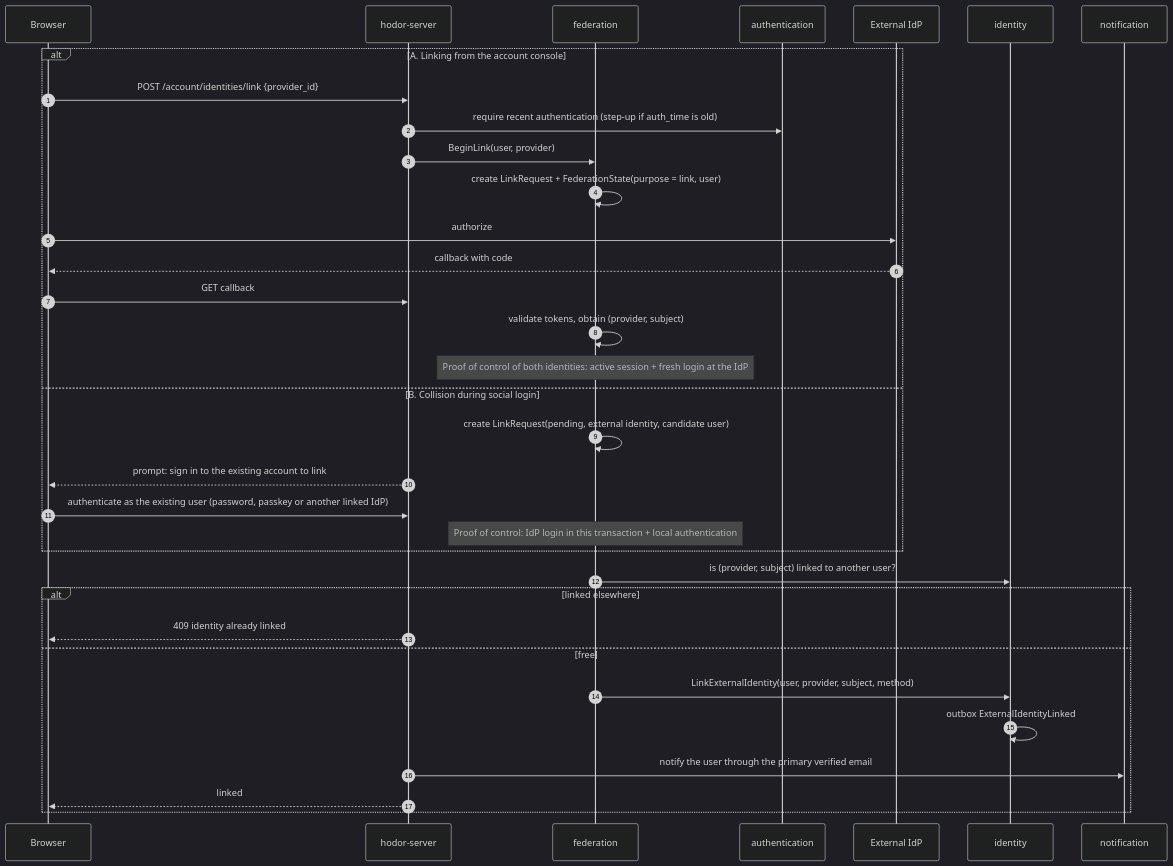
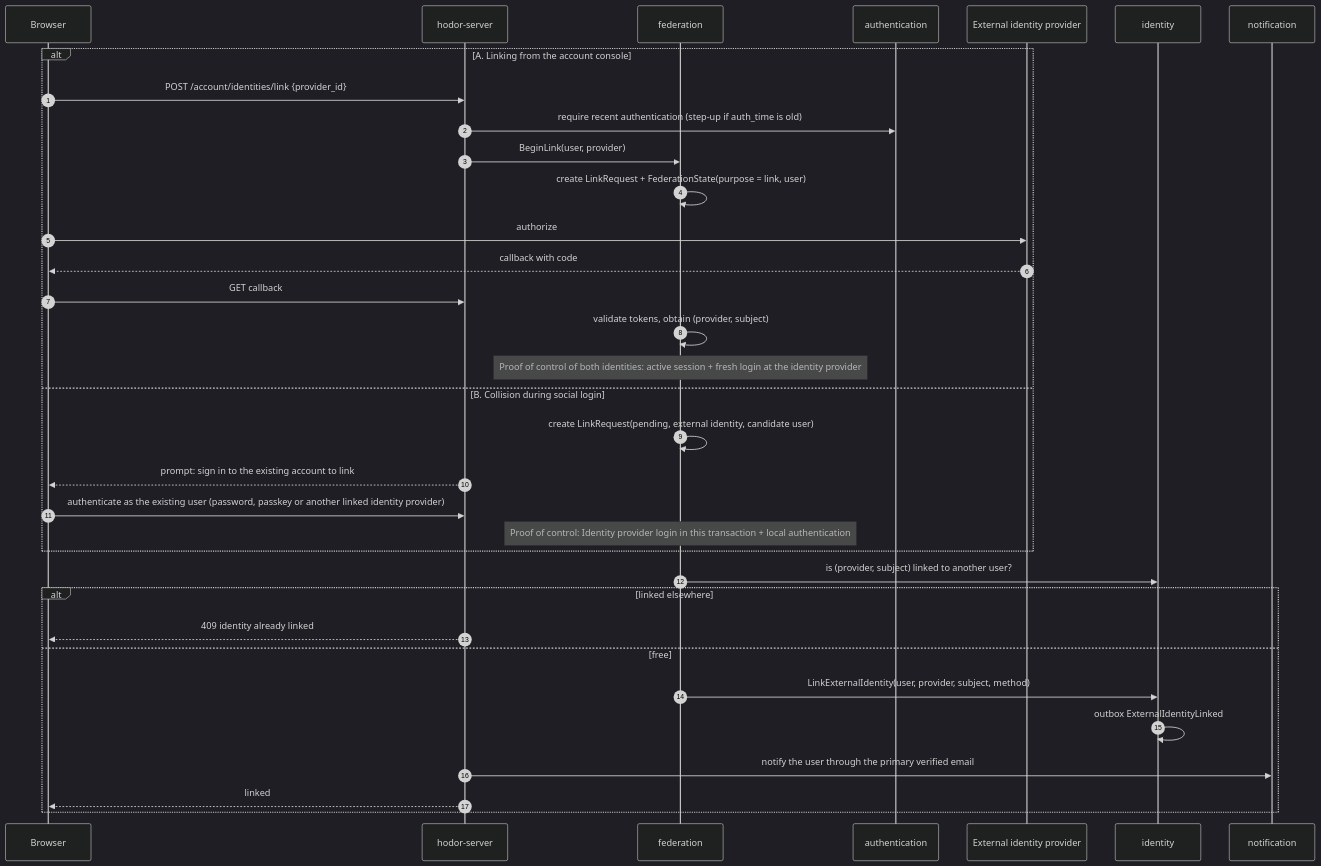
Before and after one commit to ortisun/hodor: the fifth of 7 diagrams in docs/protocols/sequences.md, drawn with Mermaid (dark theme). The commit also changed other lines of this file and 48 other files, not shown here.

````diff
--- a/docs/protocols/sequences.md
+++ b/docs/protocols/sequences.md
@@ -184,37 +184,37 @@
 ```mermaid
 sequenceDiagram
     autonumber
-    participant UA as Browser
-    participant H as hodor-server
-    participant FED as federation
-    participant AUT as authentication
-    participant IDP as External IdP
-    participant IDN as identity
-    participant NOT as notification
+    participant Browser as Browser
+    participant Server as hodor-server
+    participant Federation as federation
+    participant Authentication as authentication
+    participant ExternalProvider as External identity provider
+    participant Identity as identity
+    participant Notification as notification
 
     alt A. Linking from the account console
-        UA->>H: POST /account/identities/link {provider_id}
-        H->>AUT: require recent authentication (step-up if auth_time is old)
-        H->>FED: BeginLink(user, provider)
-        FED->>FED: create LinkRequest + FederationState(purpose = link, user)
-        UA->>IDP: authorize
-        IDP-->>UA: callback with code
-        UA->>H: GET callback
-        FED->>FED: validate tokens, obtain (provider, subject)
-        Note over FED: Proof of control of both identities: active session + fresh login at the IdP
+        Browser->>Server: POST /account/identities/link {provider_id}
+        Server->>Authentication: require recent authentication (step-up if auth_time is old)
+        Server->>Federation: BeginLink(user, provider)
+        Federation->>Federation: create LinkRequest + FederationState(purpose = link, user)
+        Browser->>ExternalProvider: authorize
+        ExternalProvider-->>Browser: callback with code
+        Browser->>Server: GET callback
+        Federation->>Federation: validate tokens, obtain (provider, subject)
+        Note over Federation: Proof of control of both identities: active session + fresh login at the identity provider
     else B. Collision during social login
-        FED->>FED: create LinkRequest(pending, external identity, candidate user)
-        H-->>UA: prompt: sign in to the existing account to link
-        UA->>H: authenticate as the existing user (password, passkey or another linked IdP)
-        Note over FED: Proof of control: IdP login in this transaction + local authentication
+        Federation->>Federation: create LinkRequest(pending, external identity, candidate user)
+        Server-->>Browser: prompt: sign in to the existing account to link
+        Browser->>Server: authenticate as the existing user (password, passkey or another linked identity provider)
+        Note over Federation: Proof of control: Identity provider login in this transaction + local authentication
     end
-    FED->>IDN: is (provider, subject) linked to another user?
+    Federation->>Identity: is (provider, subject) linked to another user?
     alt linked elsewhere
-        H-->>UA: 409 identity already linked
+        Server-->>Browser: 409 identity already linked
     else free
-        FED->>IDN: LinkExternalIdentity(user, provider, subject, method)
-        IDN->>IDN: outbox ExternalIdentityLinked
-        H->>NOT: notify the user through the primary verified email
-        H-->>UA: linked
+        Federation->>Identity: LinkExternalIdentity(user, provider, subject, method)
+        Identity->>Identity: outbox ExternalIdentityLinked
+        Server->>Notification: notify the user through the primary verified email
+        Server-->>Browser: linked
     end
 ```
````
